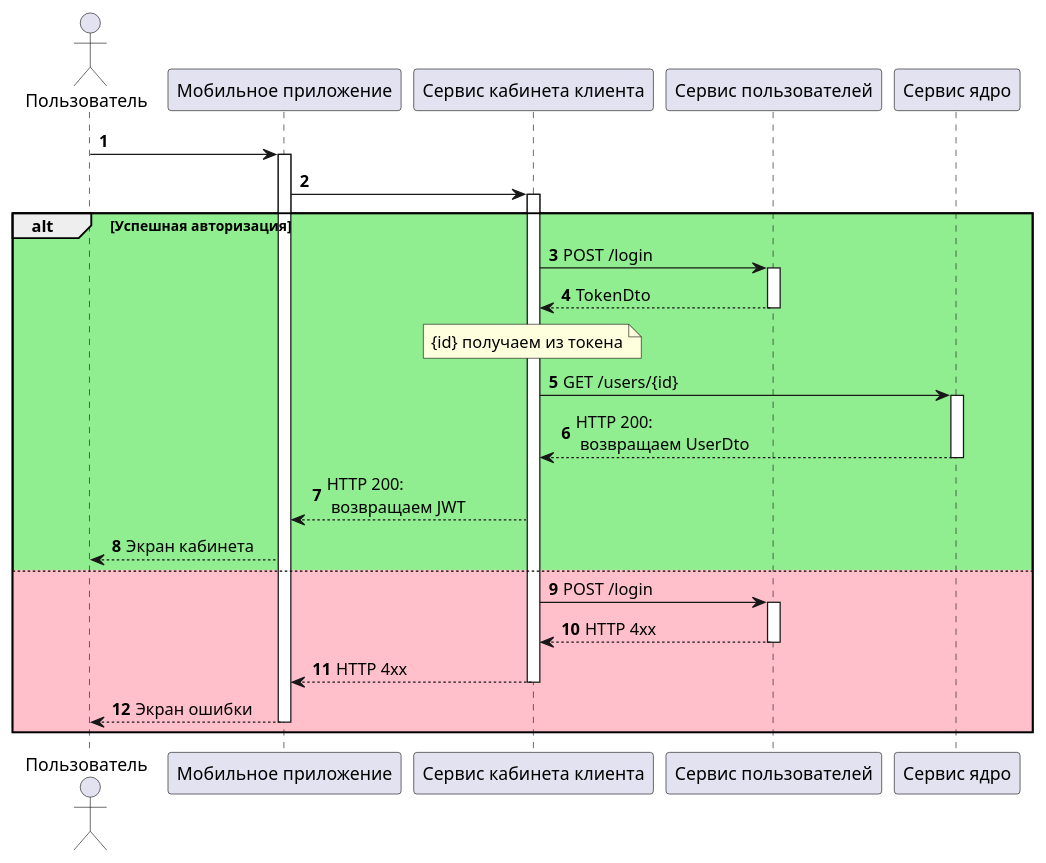
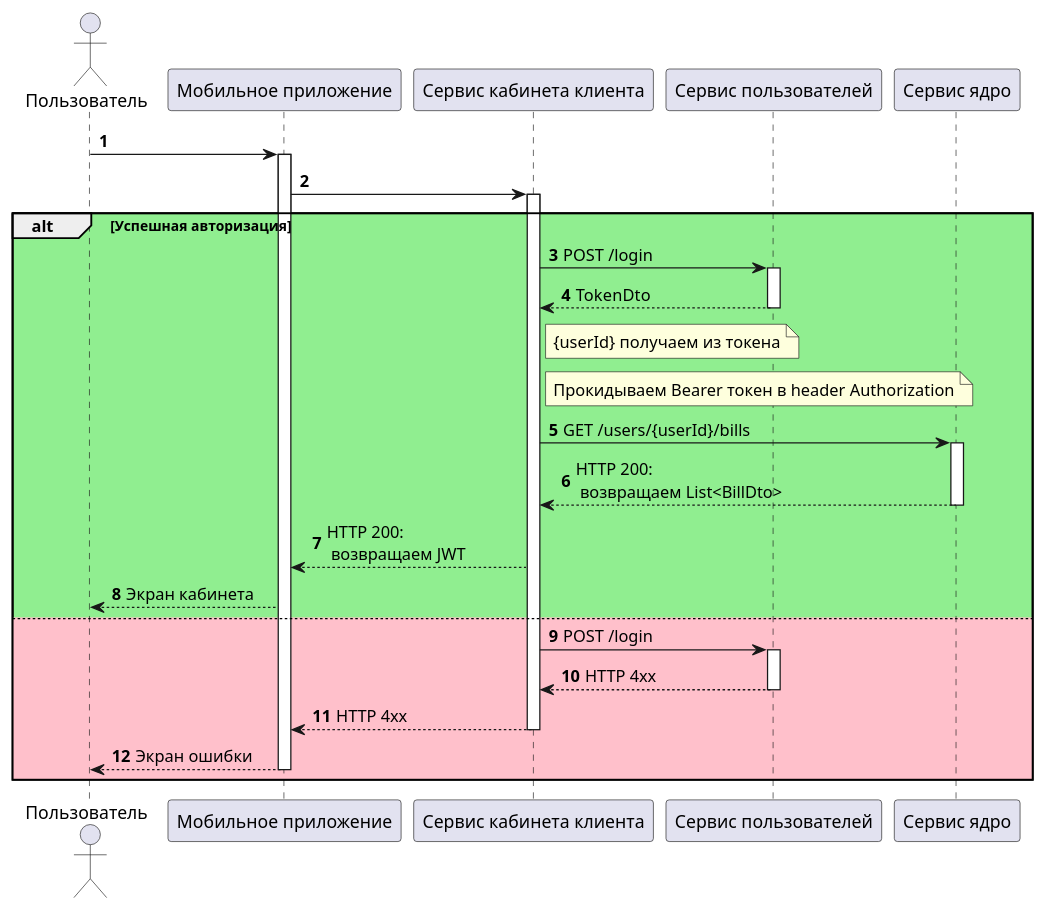
One commit to AlekseyFeofilov/HubaBank changed the diagram in diagrams/client/Авторизация клиента.puml. Above: the diagram before and after it, drawn with PlantUML. The commit also changed 13 other files, not shown here.

Commit message:
Исправление диаграмм

```diff
--- a/diagrams/client/Авторизация клиента.puml
+++ b/diagrams/client/Авторизация клиента.puml
@@ -1,41 +1,45 @@
 @startuml
 'https://plantuml.com/sequence-diagram
 
 autonumber
 
 actor "Пользователь" as User
 participant "Мобильное приложение" as MobileApp
 participant "Сервис кабинета клиента" as ClientService
 participant "Сервис пользователей" as UserService
 participant "Сервис ядро" as CoreService
 
 User -> MobileApp
 activate MobileApp
 
     MobileApp -> ClientService
     activate ClientService
 
 alt #lightgreen Успешная авторизация
         ClientService -> UserService: POST /login
         activate UserService
         return TokenDto
 
-        note over ClientService
-        {id} получаем из токена
+        note right ClientService
+        {userId} получаем из токена
         end note
 
-        ClientService -> CoreService: GET /users/{id}
+        note right ClientService
+        Прокидываем Bearer токен в header Authorization
+        end note
+
+        ClientService -> CoreService: GET /users/{userId}/bills
         activate CoreService
-        return HTTP 200:\n возвращаем UserDto
+        return HTTP 200:\n возвращаем List<BillDto>
 
         MobileApp <-- ClientService: HTTP 200:\n возвращаем JWT
         User <-- MobileApp: Экран кабинета
 else #pink
         ClientService -> UserService: POST /login
         activate UserService
         return HTTP 4xx
     return HTTP 4xx
 return Экран ошибки
 end
 
 @enduml
```
